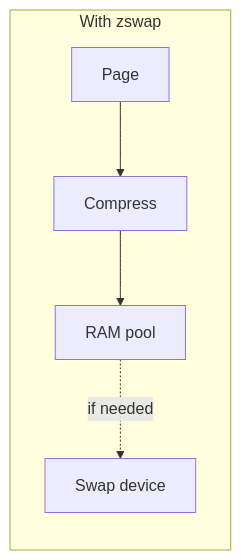
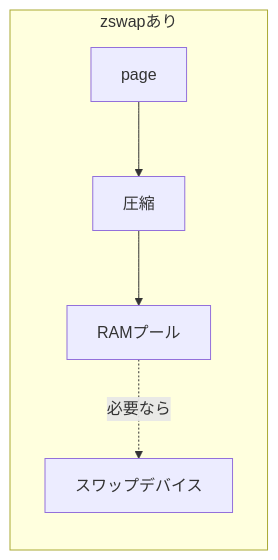
Before and after one commit to doguto/linux-kernel-internals-jp: diagram 15 of 16 in docs/mm/swapping.md, drawn with Mermaid. The commit also changed other lines of this file and 27 other files, not shown here.

````diff
--- a/docs/mm/swapping.md
+++ b/docs/mm/swapping.md
@@ -626,6 +626,6 @@
 ```mermaid
 flowchart LR
-    subgraph WithZswap["With zswap"]
-        ZS_Page["Page"] --> ZS_Compress["Compress"] --> ZS_RAM["RAM pool"] -.->|if needed| ZS_Device["Swap device"]
+    subgraph WithZswap["zswapあり"]
+        ZS_Page["page"] --> ZS_Compress["圧縮"] --> ZS_RAM["RAMプール"] -.->|必要なら| ZS_Device["スワップデバイス"]
     end
 ```
````
